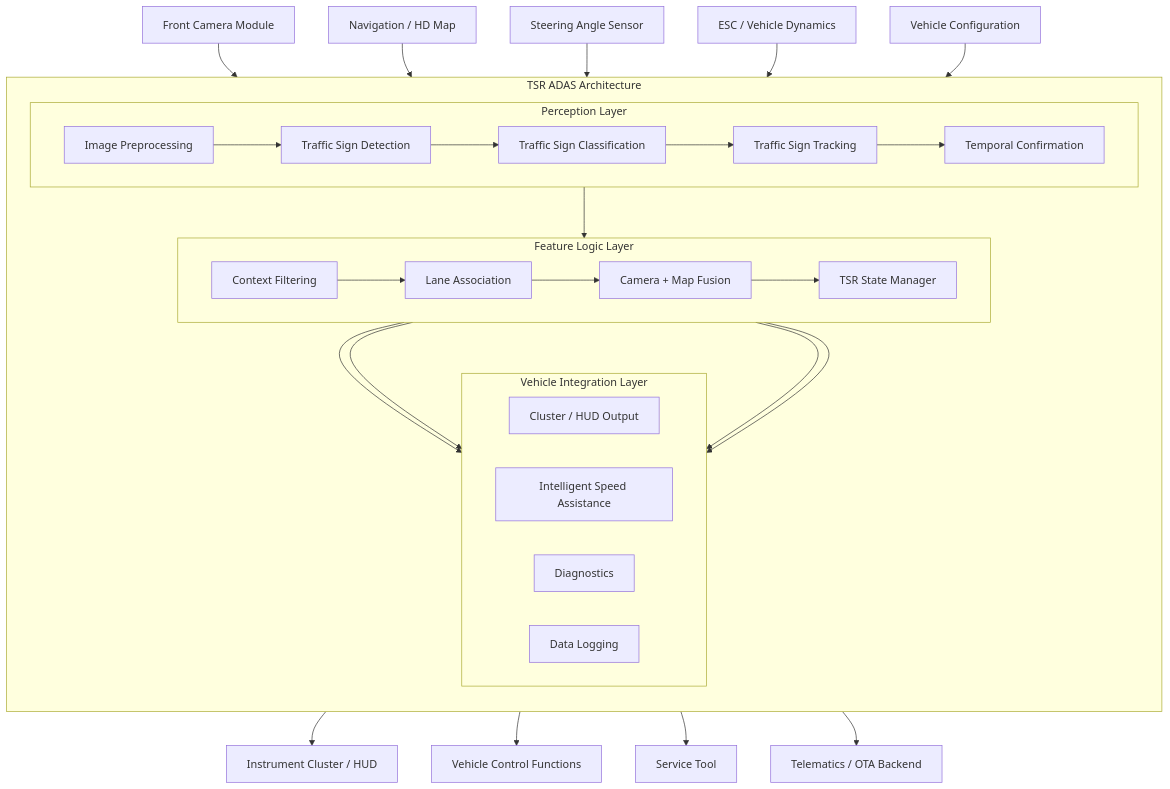
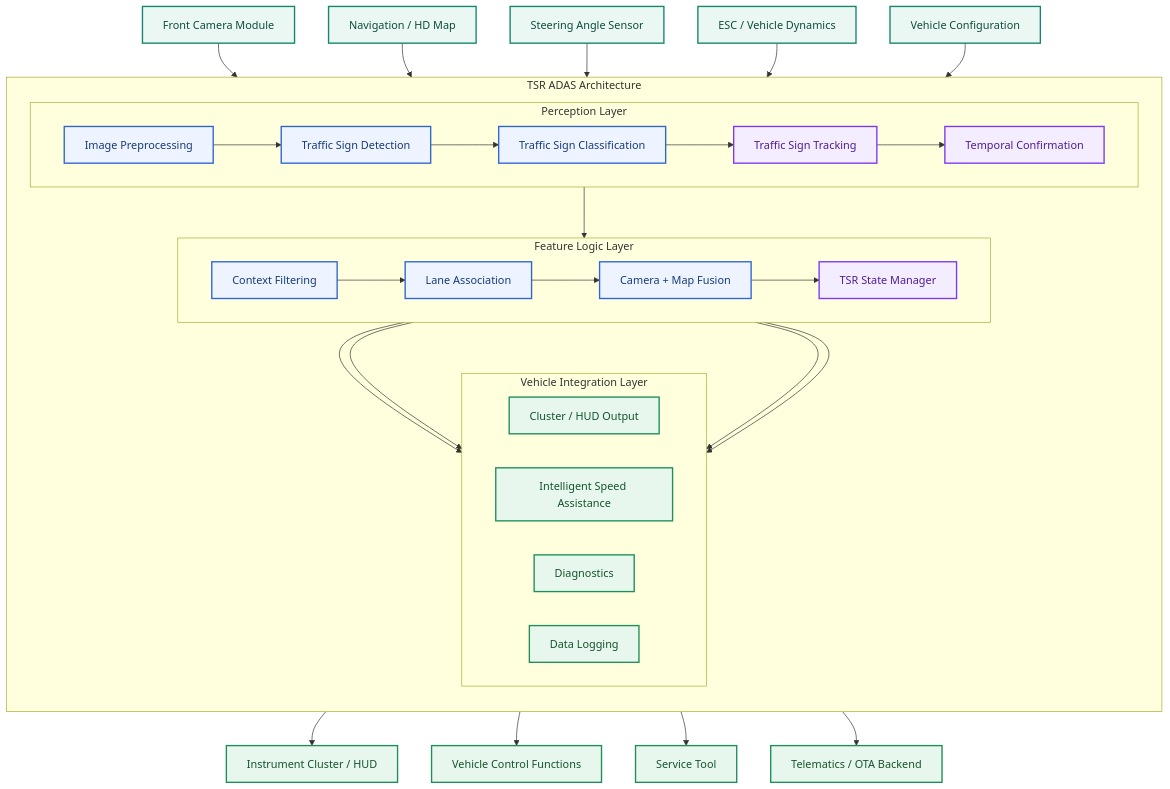
Before and after one commit to LeNguyenHaiDuong/adas-tsr: the first of 2 diagrams in research/diagram.md, drawn with Mermaid. The commit also changed other lines of this file and 5 other files, not shown here.

Commit message:
Add mermaid color

````diff
--- a/research/diagram.md
+++ b/research/diagram.md
@@ -134,4 +145,13 @@
 DIAG --> SERVICE["Service Tool"]
 
 LOG --> CLOUD["Telematics / OTA Backend"]
+
+classDef source fill:#EAF7F2,stroke:#14866D,color:#0F4C3F,stroke-width:2px;
+classDef feature fill:#EDF3FF,stroke:#2F66D0,color:#173B7A,stroke-width:2px;
+classDef temporal fill:#F4ECFF,stroke:#7C3AED,color:#4C1D95,stroke-width:2px;
+classDef integration fill:#E8F7EE,stroke:#1E8E5A,color:#14532D,stroke-width:2px;
+class CAM,MAP,SAS,ESC,CFG source;
+class PRE,DET,CLS,CTX,LANE,FUSION feature;
+class TRK,TMP,STATE temporal;
+class HMI,ISA,DIAG,LOG,CLUSTER,POWERTRAIN,SERVICE,CLOUD integration;
 ```
````
